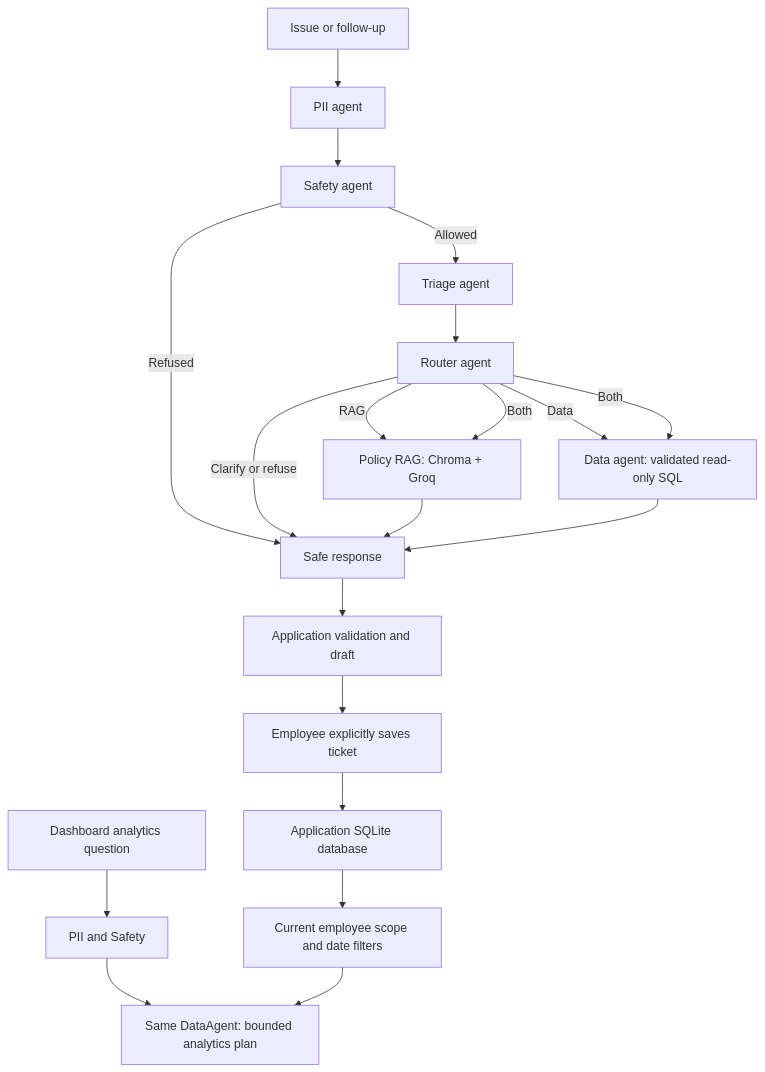
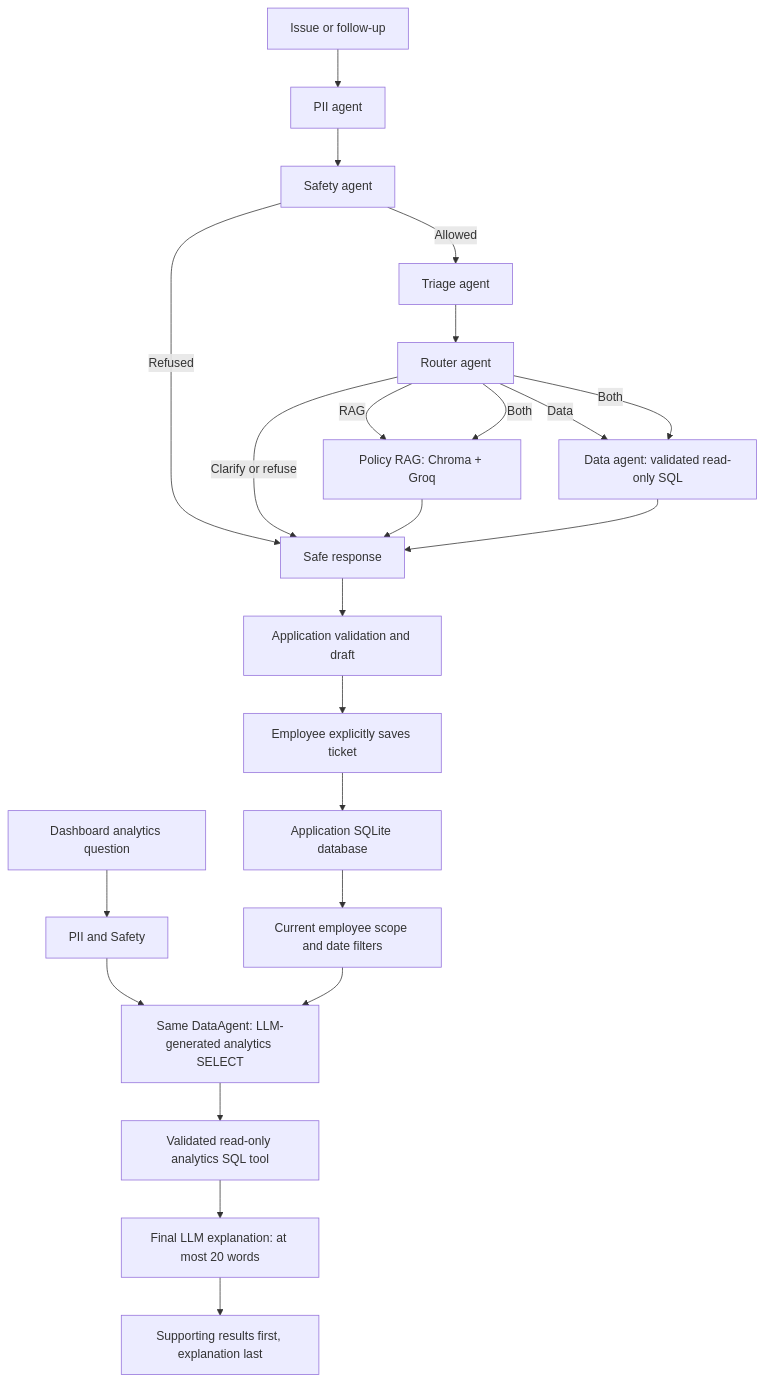
The diagram in backend/app/agents/workflow/README.md (kush-8/storepilot), drawn with Mermaid before and after one commit. The commit also changed other lines of this file and 65 other files, not shown here.

````diff
--- a/backend/app/agents/workflow/README.md
+++ b/backend/app/agents/workflow/README.md
@@ -6,22 +6,25 @@
 ```mermaid
 flowchart TD
     Q[Issue or follow-up] --> P[PII agent]
     P --> S[Safety agent]
     S -->|Allowed| T[Triage agent]
     S -->|Refused| C[Safe response]
     T --> R[Router agent]
     R -->|RAG| G[Policy RAG: Chroma + Groq]
     R -->|Data| D[Data agent: validated read-only SQL]
     R -->|Both| G
     R -->|Both| D
     R -->|Clarify or refuse| C
     G --> C
     D --> C
     C --> V[Application validation and draft]
     V --> U[Employee explicitly saves ticket]
     U --> DB[Application SQLite database]
     A[Dashboard analytics question] --> P2[PII and Safety]
-    P2 --> D2[Same DataAgent: bounded analytics plan]
+    P2 --> D2[Same DataAgent: LLM-generated analytics SELECT]
+    D2 --> T2[Validated read-only analytics SQL tool]
+    T2 --> E2[Final LLM explanation: at most 20 words]
+    E2 --> UI[Supporting results first, explanation last]
     DB --> F[Current employee scope and date filters]
     F --> D2
 ```
````
